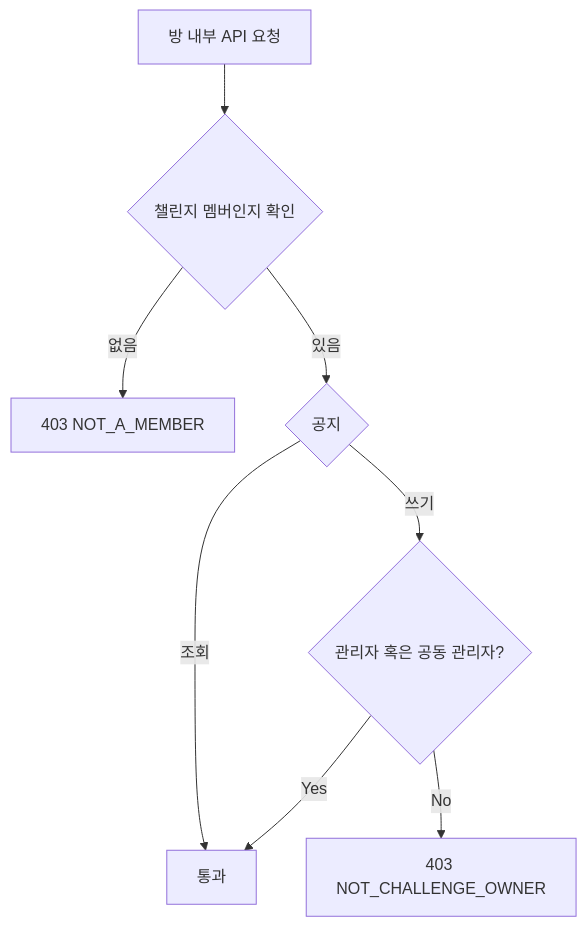
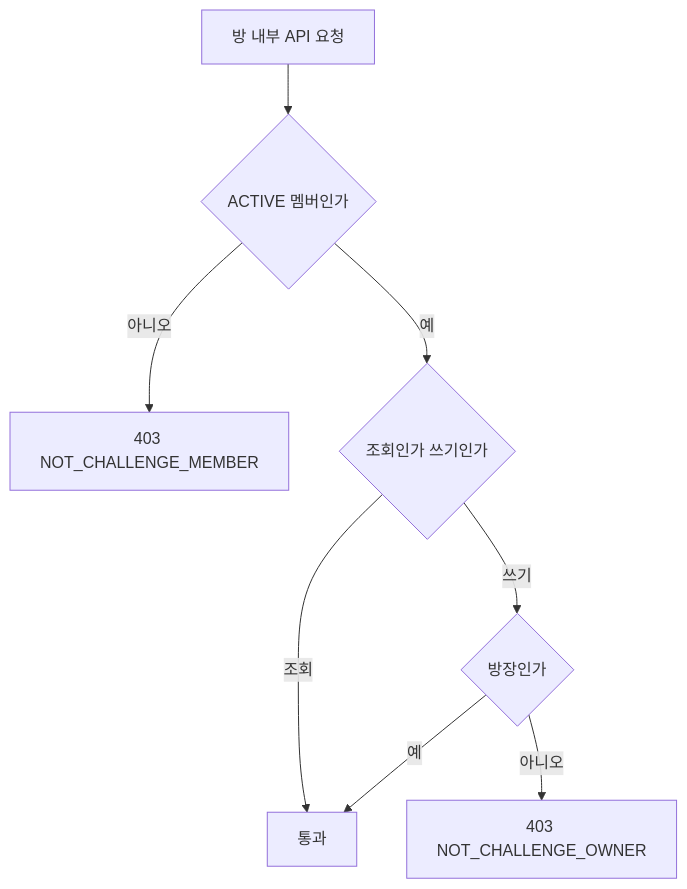
Before and after one commit to RuleUp-ASM/Backend: the third of 3 diagrams in docs/manage/챌린지공지_방내부기능_테크스펙.md, drawn with Mermaid. The commit also changed other lines of this file and 7 other files, not shown here.

````diff
--- a/docs/manage/챌린지공지_방내부기능_테크스펙.md
+++ b/docs/manage/챌린지공지_방내부기능_테크스펙.md
@@ -82,10 +93,10 @@
 ```mermaid
 flowchart TD
-    REQ["방 내부 API 요청"] --> M{"챌린지 멤버인지 확인"}
-    M -->|없음| E403["403 NOT_A_MEMBER"]
-    M -->|있음| R{"공지"}
-    R -->|"조회"| OK["통과"]
-    R -->|"쓰기"| OW{"관리자 혹은 공동 관리자?"}
-    OW -->|No| E403B["403 NOT_CHALLENGE_OWNER"]
-    OW -->|Yes| OK
+    REQ["방 내부 API 요청"] --> M{"ACTIVE 멤버인가"}
+    M -->|아니오| E403["403 NOT_CHALLENGE_MEMBER"]
+    M -->|예| R{"조회인가 쓰기인가"}
+    R -->|조회| OK["통과"]
+    R -->|쓰기| OW{"방장인가"}
+    OW -->|아니오| E403B["403 NOT_CHALLENGE_OWNER"]
+    OW -->|예| OK
 ```
````
